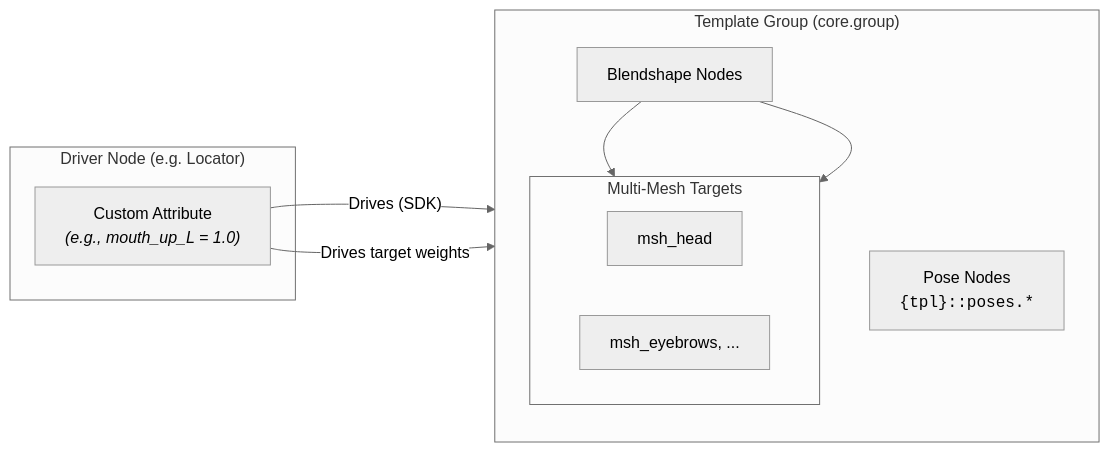
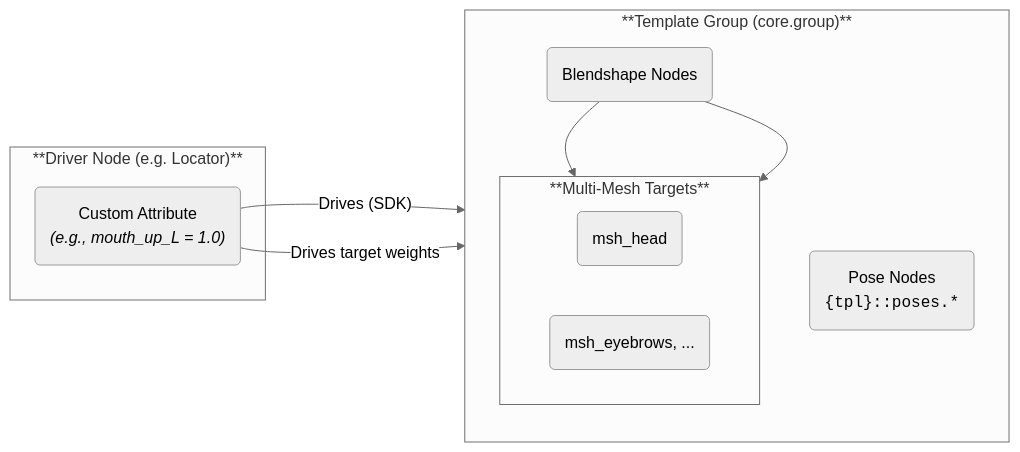
Before and after one commit to Citrus-Software/mikan-docs: the diagram in docs/usage/shape_editor/index.md, drawn with Mermaid (neutral theme). The commit also changed 3 other files, not shown here.

Commit message:
chore: update mermaid style

````diff
--- a/docs/usage/shape_editor/index.md
+++ b/docs/usage/shape_editor/index.md
@@ -21,25 +21,25 @@
 ```mermaid
 flowchart LR
-    subgraph DRIVER["Driver Node (e.g. Locator)"]
-        ATTR["Custom Attribute<br/><i>(e.g., mouth_up_L = 1.0)</i>"]
+    subgraph DRIVER ["**Driver Node (e.g. Locator)**"]
+        ATTR("Custom Attribute<br/><i>(e.g., mouth_up_L = 1.0)</i>")
     end
 
-    subgraph GROUP["Template Group (core.group)"]
+    subgraph GROUP ["**Template Group (core.group)**"]
         direction TB
         
-        POSES["Pose Nodes<br/><code>{tpl}::poses.*</code>"]
-        BS["Blendshape Nodes"]
+        POSES("Pose Nodes<br/><code>{tpl}::poses.*</code>")
+        BS("Blendshape Nodes")
         
-        subgraph TARGETS["Multi-Mesh Targets"]
+        subgraph TARGETS ["**Multi-Mesh Targets**"]
             direction LR
-            M1["msh_head"]
-            M2["msh_eyebrows, ..."]
+            M1("msh_head")
+            M2("msh_eyebrows, ...")
         end
 
         BS --> M1
         BS --> M2
     end
 
     ATTR -->|"Drives (SDK)"| POSES
     ATTR -->|"Drives target weights"| BS
 ```
````
